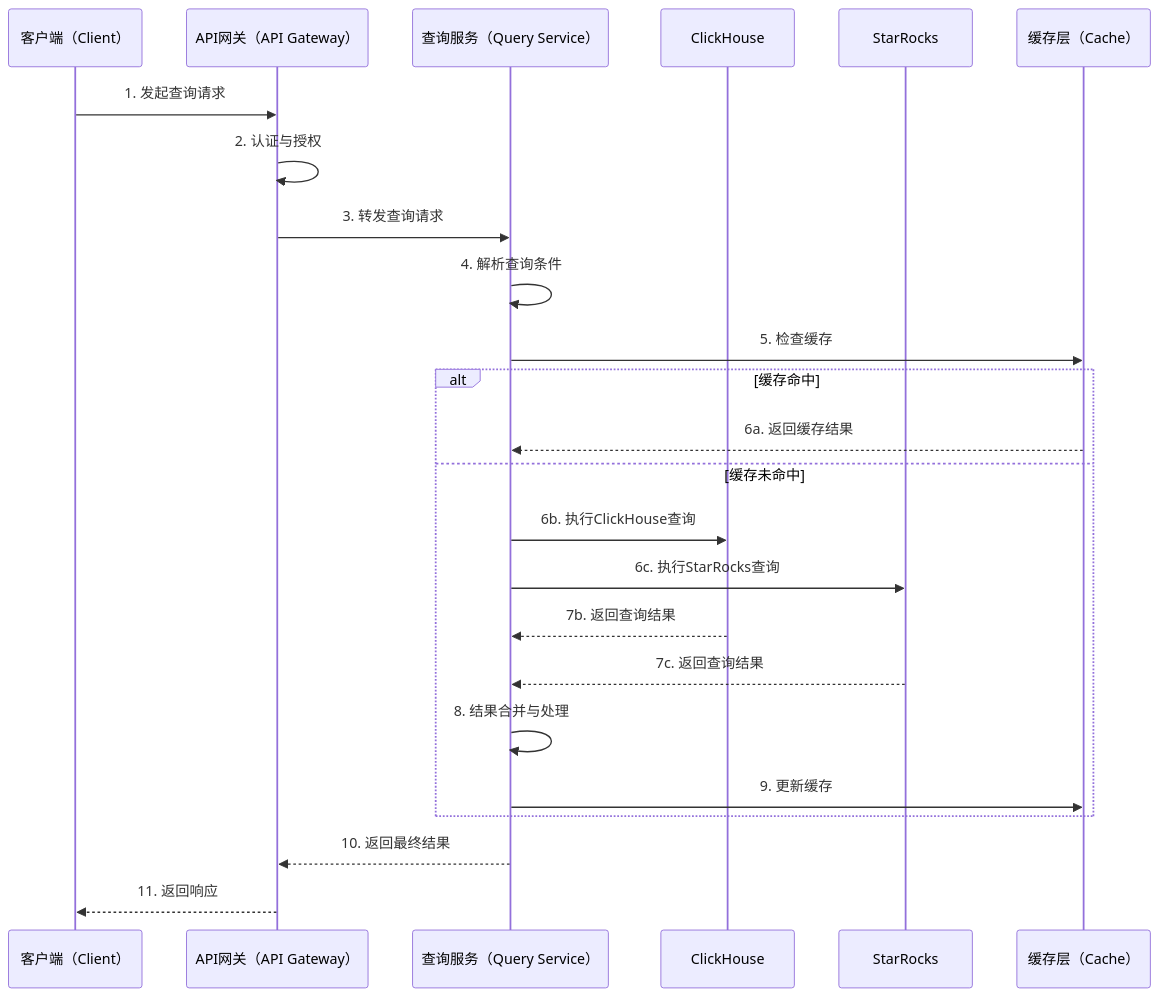
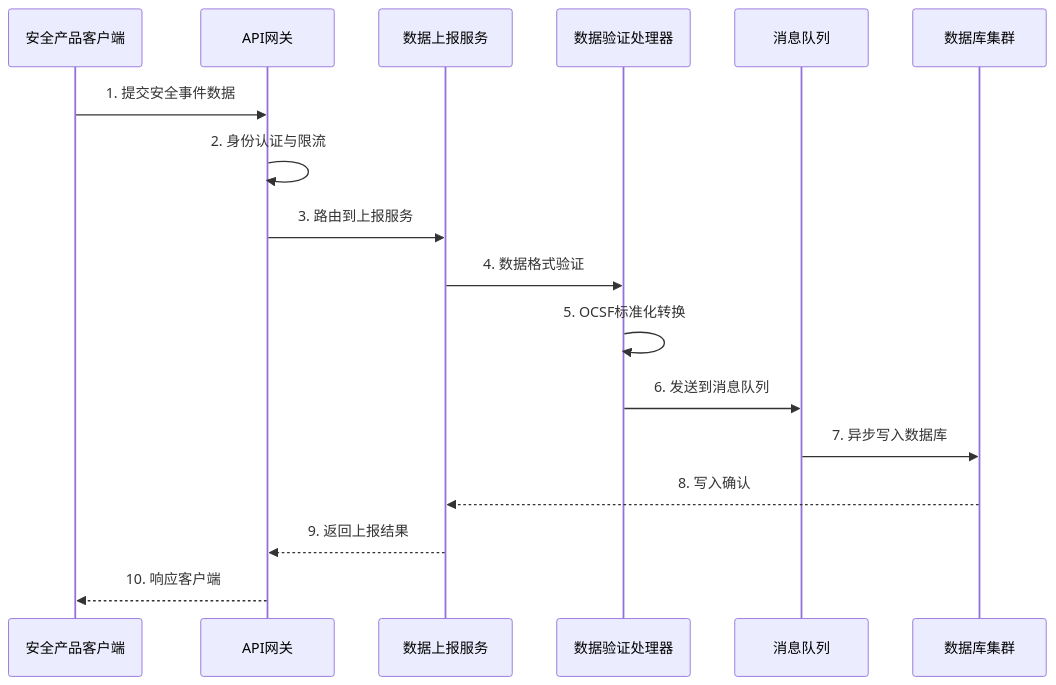
The sixth of 15 diagrams in examples/design/shared-datalake4-securities.md (turtacn/PersonalAI), drawn with Mermaid before and after one commit. The commit also changed other lines of this file and 1 other file, not shown here.

Commit message:
多安全产品共享数据湖 ER 模式设计需求表

````diff
--- a/examples/design/shared-datalake4-securities.md
+++ b/examples/design/shared-datalake4-securities.md
@@ -419,29 +662,20 @@
 ```mermaid
 sequenceDiagram
-    participant C as 客户端（Client）
-    participant AG as API网关（API Gateway）
-    participant QS as 查询服务（Query Service）
-    participant CH as ClickHouse
-    participant SR as StarRocks
-    participant CACHE as 缓存层（Cache）
+    participant SC as 安全产品客户端
+    participant AG as API网关
+    participant IS as 数据上报服务
+    participant VP as 数据验证处理器
+    participant MQ as 消息队列
+    participant DB as 数据库集群
 
-    C->>AG: 1. 发起查询请求
-    AG->>AG: 2. 认证与授权
-    AG->>QS: 3. 转发查询请求
-    QS->>QS: 4. 解析查询条件
-    QS->>CACHE: 5. 检查缓存
-    
-    alt 缓存命中
-        CACHE-->>QS: 6a. 返回缓存结果
-    else 缓存未命中
-        QS->>CH: 6b. 执行ClickHouse查询
-        QS->>SR: 6c. 执行StarRocks查询
-        CH-->>QS: 7b. 返回查询结果
-        SR-->>QS: 7c. 返回查询结果
-        QS->>QS: 8. 结果合并与处理
-        QS->>CACHE: 9. 更新缓存
-    end
-    
-    QS-->>AG: 10. 返回最终结果
-    AG-->>C: 11. 返回响应
+    SC->>AG: 1. 提交安全事件数据
+    AG->>AG: 2. 身份认证与限流
+    AG->>IS: 3. 路由到上报服务
+    IS->>VP: 4. 数据格式验证
+    VP->>VP: 5. OCSF标准化转换
+    VP->>MQ: 6. 发送到消息队列
+    MQ->>DB: 7. 异步写入数据库
+    DB-->>IS: 8. 写入确认
+    IS-->>AG: 9. 返回上报结果
+    AG-->>SC: 10. 响应客户端
 ```
````
